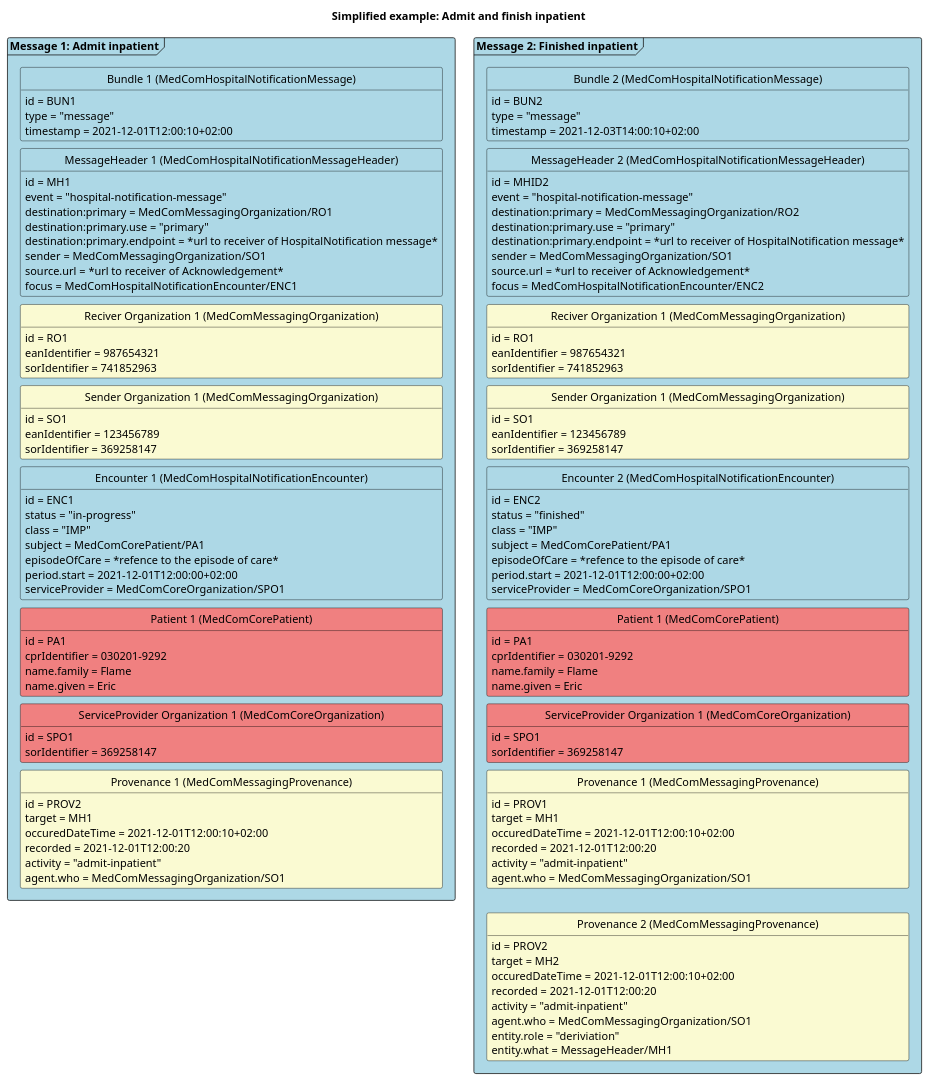
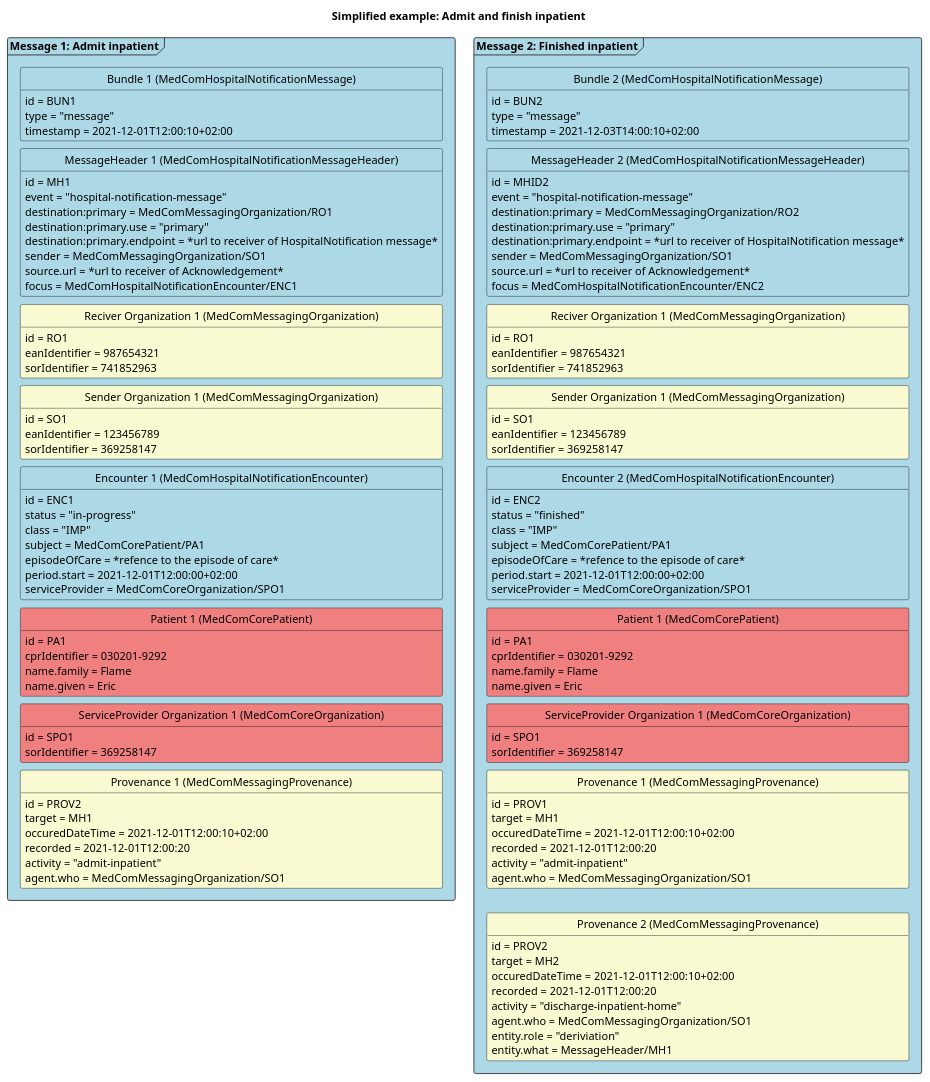
The diagram in puml/HospitalNotificationAdmitFinish.puml (tmsMedcom/GitHubPagesTest), drawn with PlantUML before and after one commit. The commit also changed 3 other files, not shown here.

```diff
--- a/puml/HospitalNotificationAdmitFinish.puml
+++ b/puml/HospitalNotificationAdmitFinish.puml
@@ -1,161 +1,161 @@
 @startuml HNAdmitFinish
 
 'layout
 skinparam class {
     BackgroundColor White
     BorderColor Black
     ArrowColor Black
   }
 hide circle
 hide empty members
 skinparam SameClassWidth true
 skinparam Ranksep 10
 
 
 'title
 title Simplified example: Admit and finish inpatient
 
 'Message 1: Admit inpatient
 package "Message 1: Admit inpatient" as admit <<Frame>> #LightBlue{
     class "Bundle 1 (MedComHospitalNotificationMessage)" as admitB #LightBlue{
         id = BUN1
         type = "message"
         timestamp = 2021-12-01T12:00:10+02:00
     }
     class "MessageHeader 1 (MedComHospitalNotificationMessageHeader)" as admitMH #LightBlue{
         id = MH1
         event = "hospital-notification-message"
         destination:primary = MedComMessagingOrganization/RO1
         destination:primary.use = "primary"
         destination:primary.endpoint = *url to receiver of HospitalNotification message*
         sender = MedComMessagingOrganization/SO1
         source.url = *url to receiver of Acknowledgement*
         focus = MedComHospitalNotificationEncounter/ENC1
     }
     class "Reciver Organization 1 (MedComMessagingOrganization)" as admitROrg #LightGoldenRodYellow{
         id = RO1
         eanIdentifier = 987654321
         sorIdentifier = 741852963
     }
     class "Sender Organization 1 (MedComMessagingOrganization)" as admitSOrg #LightGoldenRodYellow{
         id = SO1
         eanIdentifier = 123456789
         sorIdentifier = 369258147
     }
     class "Encounter 1 (MedComHospitalNotificationEncounter)" as admitENC #LightBlue{
         id = ENC1
         status = "in-progress"
         class = "IMP"
         subject = MedComCorePatient/PA1
         episodeOfCare = *refence to the episode of care*
         period.start = 2021-12-01T12:00:00+02:00
         serviceProvider = MedComCoreOrganization/SPO1
     }
     class "Patient 1 (MedComCorePatient)" as admitPT #LightCoral{
         id = PA1
         cprIdentifier = 030201-9292
         name.family = Flame
         name.given = Eric
     }
     class "ServiceProvider Organization 1 (MedComCoreOrganization)" as admitSPOrg #LightCoral{
         id = SPO1
         sorIdentifier = 369258147
     }
     class "Provenance 1 (MedComMessagingProvenance)" as admitPRO #LightGoldenRodYellow{
         id = PROV2
         target = MH1
         occuredDateTime = 2021-12-01T12:00:10+02:00
         recorded = 2021-12-01T12:00:20
         activity = "admit-inpatient"
         agent.who = MedComMessagingOrganization/SO1
     }
 
 admitB -[hidden]- admitMH
 admitMH -[hidden]- admitROrg
 admitROrg-[hidden]-admitSOrg
 admitSOrg-[hidden]-admitENC
 admitENC-[hidden]-admitPT
 admitPT-[hidden]-admitSPOrg
 admitSPOrg-[hidden]-admitPRO
 }
 
 'Message 2: Finished inpatient
 package "Message 2: Finished inpatient" as finished <<Frame>> #LightBlue{
     class "Bundle 2 (MedComHospitalNotificationMessage)" as finishedB #LightBlue{
         id = BUN2
         type = "message"
         timestamp = 2021-12-03T14:00:10+02:00
     }
     class "MessageHeader 2 (MedComHospitalNotificationMessageHeader)" as finishedMH #LightBlue{
         id = MHID2
         event = "hospital-notification-message"
         destination:primary = MedComMessagingOrganization/RO2
         destination:primary.use = "primary"
         destination:primary.endpoint = *url to receiver of HospitalNotification message*
         sender = MedComMessagingOrganization/SO1
         source.url = *url to receiver of Acknowledgement*
         focus = MedComHospitalNotificationEncounter/ENC2
     }
     class "Reciver Organization 1 (MedComMessagingOrganization)" as finishedROrg #LightGoldenRodYellow{
         id = RO1
         eanIdentifier = 987654321
         sorIdentifier = 741852963
     }
     class "Sender Organization 1 (MedComMessagingOrganization)" as finishedSOrg #LightGoldenRodYellow{
         id = SO1
         eanIdentifier = 123456789
         sorIdentifier = 369258147
     }
     class "Encounter 2 (MedComHospitalNotificationEncounter)" as finishedENC #LightBlue{
         id = ENC2
         status = "finished"
         class = "IMP"
         subject = MedComCorePatient/PA1
         episodeOfCare = *refence to the episode of care*
         period.start = 2021-12-01T12:00:00+02:00
         serviceProvider = MedComCoreOrganization/SPO1
     }
     class "Patient 1 (MedComCorePatient)" as finishedPT #LightCoral{
         id = PA1
         cprIdentifier = 030201-9292
         name.family = Flame
         name.given = Eric
     }
     class "ServiceProvider Organization 1 (MedComCoreOrganization)" as finishedSPOrg #LightCoral{
         id = SPO1 
         sorIdentifier = 369258147
     }    
     class "Provenance 1 (MedComMessagingProvenance)" as admitfinishedPRO #LightGoldenRodYellow{
         id = PROV1
         target = MH1
         occuredDateTime = 2021-12-01T12:00:10+02:00
         recorded = 2021-12-01T12:00:20
         activity = "admit-inpatient"
         agent.who = MedComMessagingOrganization/SO1
     }
     class "Provenance 2 (MedComMessagingProvenance)" as finishedPRO #LightGoldenRodYellow{
         id = PROV2        
         target = MH2
         occuredDateTime = 2021-12-01T12:00:10+02:00
         recorded = 2021-12-01T12:00:20
-        activity = "admit-inpatient"
+        activity = "discharge-inpatient-home"
         agent.who = MedComMessagingOrganization/SO1
         entity.role = "deriviation"
         entity.what = MessageHeader/MH1
     }
 finishedB-[hidden]-finishedMH
 finishedMH-[hidden]-finishedROrg
 finishedROrg-[hidden]-finishedSOrg
 finishedSOrg-[hidden]-finishedENC
 finishedENC-[hidden]-finishedPT
 finishedPT-[hidden]-finishedSPOrg
 finishedSPOrg-[hidden]-admitfinishedPRO
 admitfinishedPRO-[hidden]-finishedPRO
 
 }
 
 ' pile mellem de to beskeder
 ' admit --> finished
 
 
 @enduml
```
